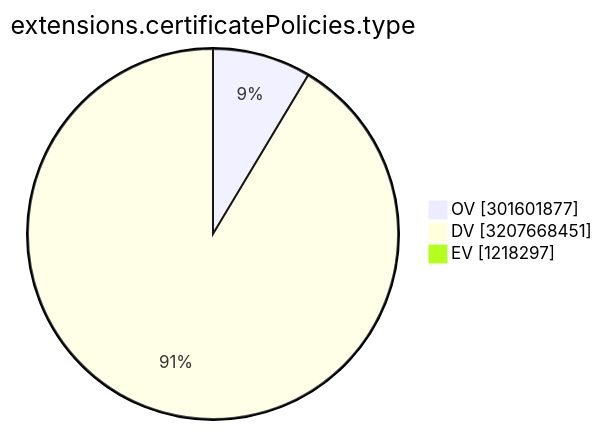
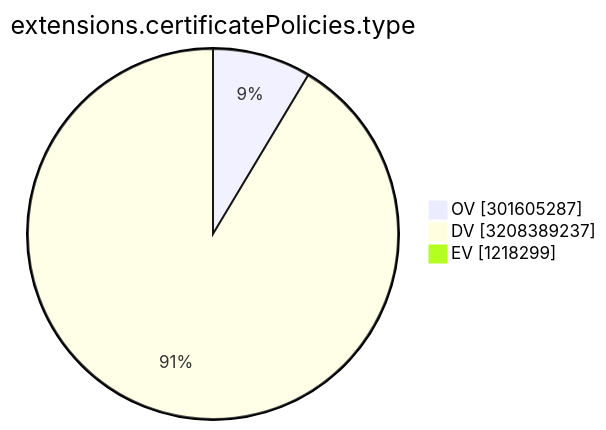
Before and after one commit to christiankrug/ctmonitor_visualization: the ninth of 15 diagrams in TOTAL/README.md, drawn with Mermaid. The commit also changed other lines of this file, not shown here.

````diff
--- a/TOTAL/README.md
+++ b/TOTAL/README.md
@@ -3106,7 +3106,7 @@
 ```mermaid
 pie showData
 title extensions.certificatePolicies.type
-"OV" :301601877
-"DV" :3207668451
-"EV" :1218297
+"OV" :301605287
+"DV" :3208389237
+"EV" :1218299
 ```
````
